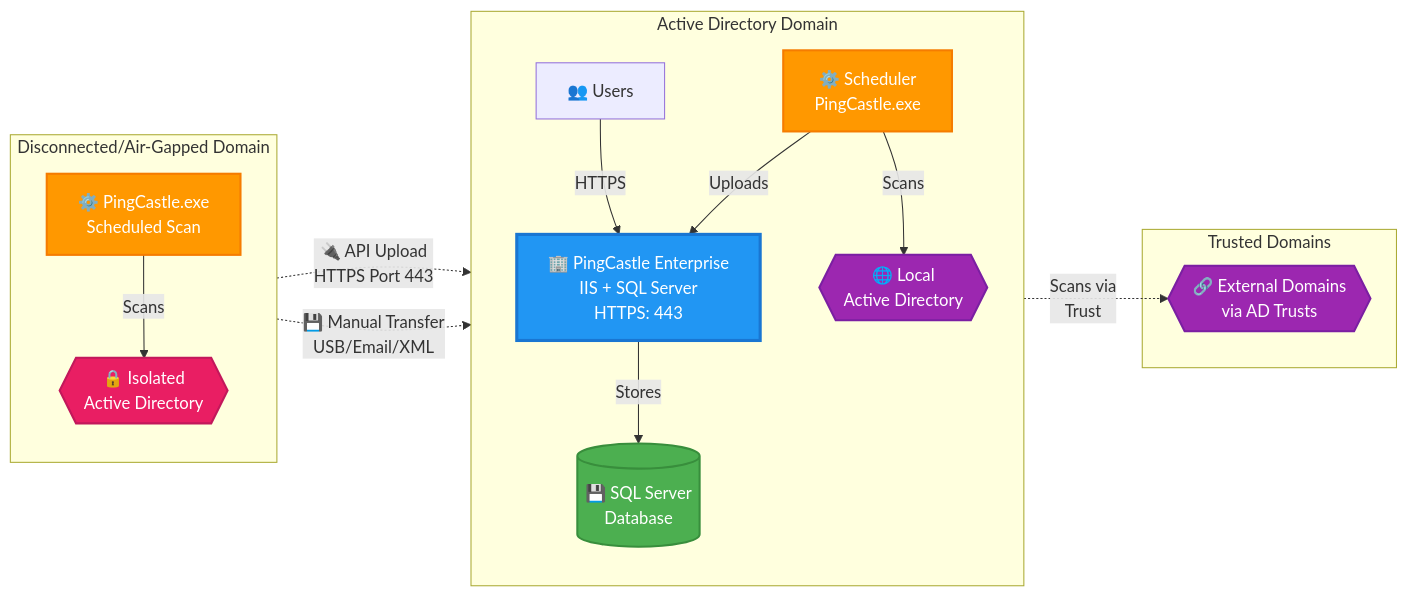
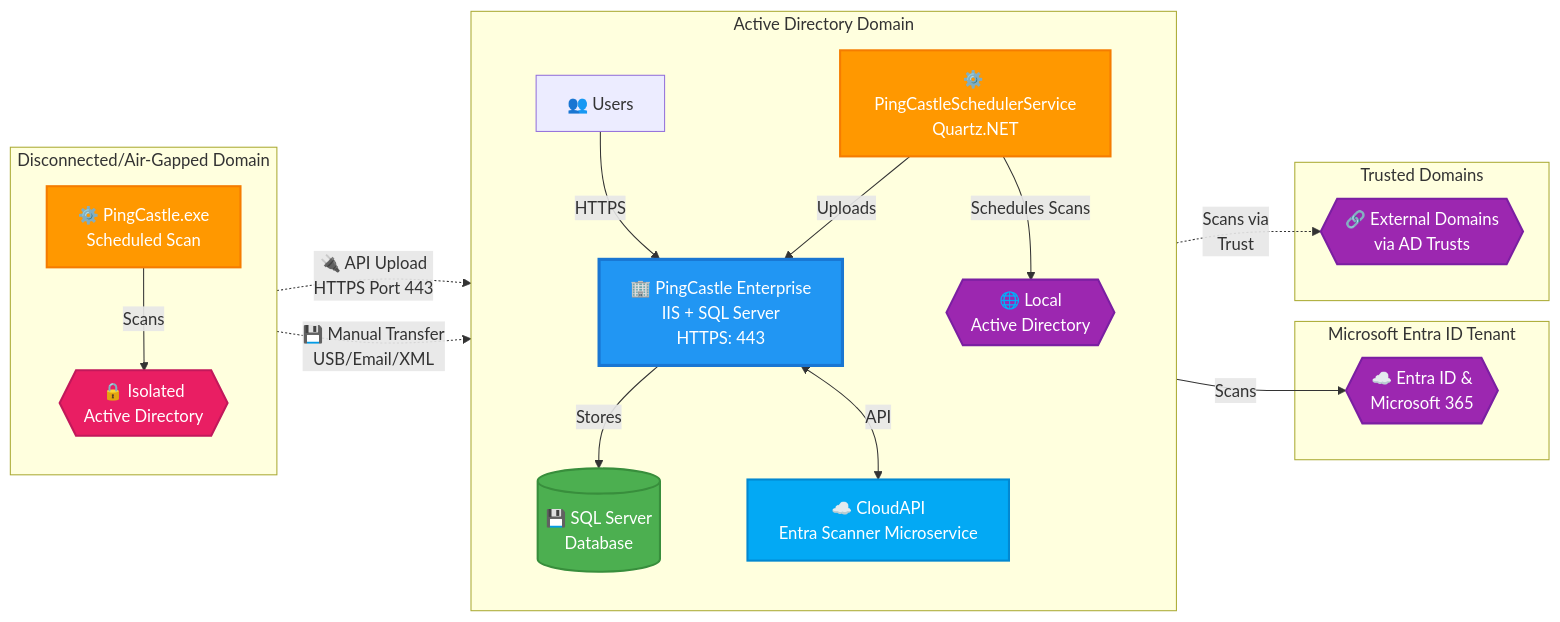
The diagram in docs/pingcastle/4.0/enterpriseinstall.md (netwrix/docs), drawn with Mermaid before and after one commit. The commit also changed other lines of this file and 3 other files, not shown here.

First line of the commit message:
docs(pingcastle): update 4.0 install/architecture docs and add sidebar labels

````diff
--- a/docs/pingcastle/4.0/enterpriseinstall.md
+++ b/docs/pingcastle/4.0/enterpriseinstall.md
@@ -81,40 +82,50 @@
 ```mermaid
 graph LR
     subgraph Core["Active Directory Domain"]
         direction TB
         Enterprise["🏢 PingCastle Enterprise<br/>IIS + SQL Server<br/>HTTPS: 443"]
         DB[("💾 SQL Server<br/>Database")]
-        Scheduler["⚙️ Scheduler<br/>PingCastle.exe"]
+        CloudAPI["☁️ CloudAPI<br/>Entra Scanner Microservice"]
+        Scheduler["⚙️ PingCastleSchedulerService<br/>Quartz.NET"]
         LocalAD{{"🌐 Local<br/>Active Directory"}}
         
         Users["👥 Users"] -->|HTTPS| Enterprise
         Enterprise -->|Stores| DB
-        Scheduler -->|Scans| LocalAD
+        Enterprise <-->|API| CloudAPI
+        Scheduler -->|Schedules Scans| LocalAD
         Scheduler -->|Uploads| Enterprise
     end
+
+    subgraph EntraTenant["Microsoft Entra ID Tenant"]
+        Entra{{"☁️ Entra ID &<br/>Microsoft 365"}}
+    end
+
+    CloudAPI -->|Scans| Entra
     
     subgraph Trusted["Trusted Domains"]
         TrustedAD{{"🔗 External Domains<br/>via AD Trusts"}}
     end
     
     subgraph Disconnected["Disconnected/Air-Gapped Domain"]
         direction TB
         IsolatedAD{{"🔒 Isolated<br/>Active Directory"}}
         RemoteScanner["⚙️ PingCastle.exe<br/>Scheduled Scan"]
         
         RemoteScanner -->|Scans| IsolatedAD
     end
     
     Scheduler -.->|Scans via<br/>Trust| TrustedAD
     RemoteScanner -.->|🔌 API Upload<br/>HTTPS Port 443| Enterprise
     RemoteScanner -.->|💾 Manual Transfer<br/>USB/Email/XML| Enterprise
     
     style Enterprise fill:#2196F3,color:#fff,stroke:#1976D2,stroke-width:3px
     style DB fill:#4CAF50,color:#fff,stroke:#388E3C,stroke-width:2px
+    style CloudAPI fill:#03A9F4,color:#fff,stroke:#0288D1,stroke-width:2px
     style Scheduler fill:#FF9800,color:#fff,stroke:#F57C00,stroke-width:2px
     style RemoteScanner fill:#FF9800,color:#fff,stroke:#F57C00,stroke-width:2px
     style LocalAD fill:#9C27B0,color:#fff,stroke:#7B1FA2,stroke-width:2px
     style TrustedAD fill:#9C27B0,color:#fff,stroke:#7B1FA2,stroke-width:2px
     style IsolatedAD fill:#E91E63,color:#fff,stroke:#C2185B,stroke-width:2px
+    style Entra fill:#9C27B0,color:#fff,stroke:#7B1FA2,stroke-width:2px
 
 ```
````
